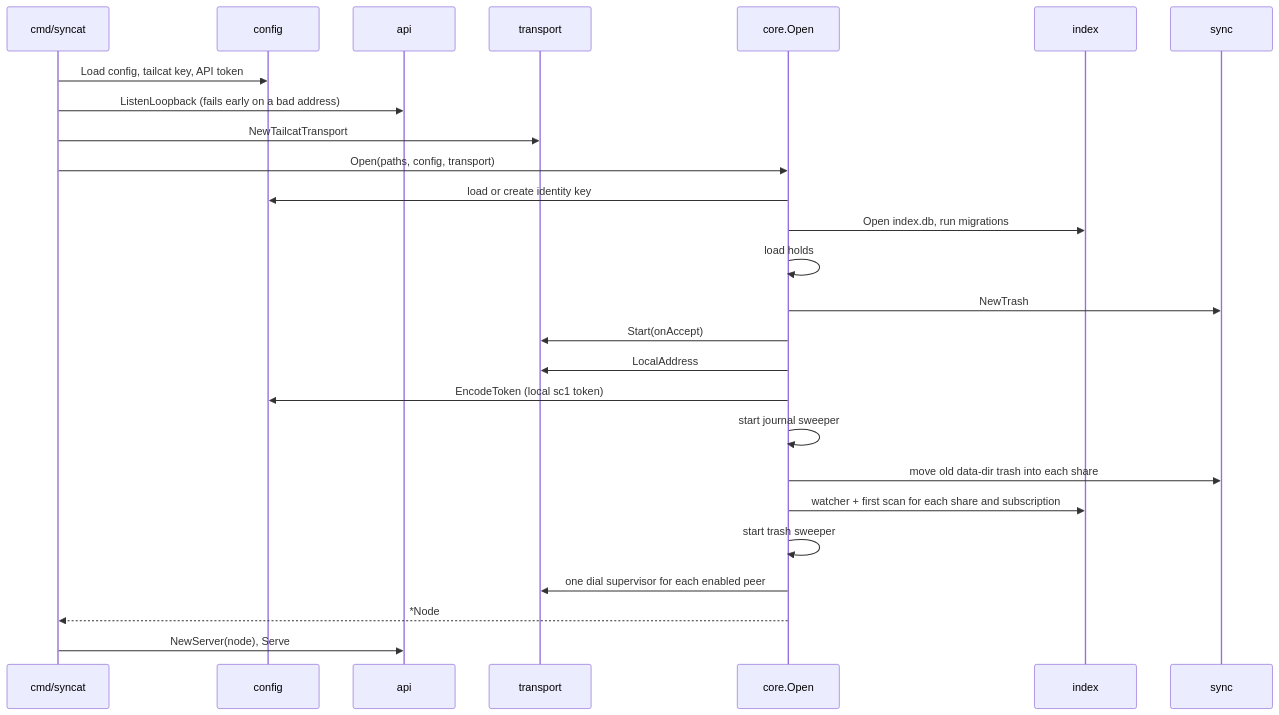
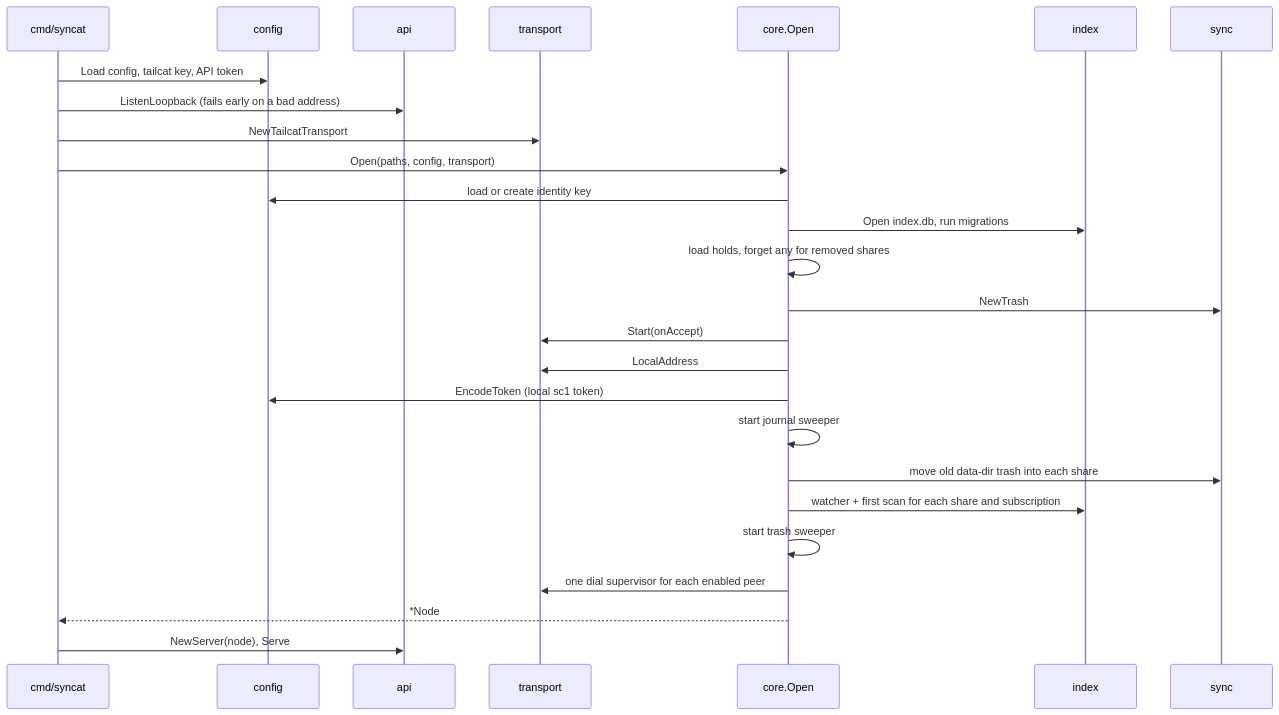
Before and after one commit to nickmarrone/syncat: the ninth of 14 diagrams in ARCHITECTURE.md, drawn with Mermaid. The commit also changed other lines of this file and 7 other files, not shown here.

````diff
--- a/ARCHITECTURE.md
+++ b/ARCHITECTURE.md
@@ -707,29 +709,29 @@
 ```mermaid
 sequenceDiagram
     participant CLI as cmd/syncat
     participant Cfg as config
     participant API as api
     participant Tr as transport
     participant Core as core.Open
     participant Idx as index
     participant Sync as sync
 
     CLI->>Cfg: Load config, tailcat key, API token
     CLI->>API: ListenLoopback (fails early on a bad address)
     CLI->>Tr: NewTailcatTransport
     CLI->>Core: Open(paths, config, transport)
     Core->>Cfg: load or create identity key
     Core->>Idx: Open index.db, run migrations
-    Core->>Core: load holds
+    Core->>Core: load holds, forget any for removed shares
     Core->>Sync: NewTrash
     Core->>Tr: Start(onAccept)
     Core->>Tr: LocalAddress
     Core->>Cfg: EncodeToken (local sc1 token)
     Core->>Core: start journal sweeper
     Core->>Sync: move old data-dir trash into each share
     Core->>Idx: watcher + first scan for each share and subscription
     Core->>Core: start trash sweeper
     Core->>Tr: one dial supervisor for each enabled peer
     Core-->>CLI: *Node
     CLI->>API: NewServer(node), Serve
 ```
````
